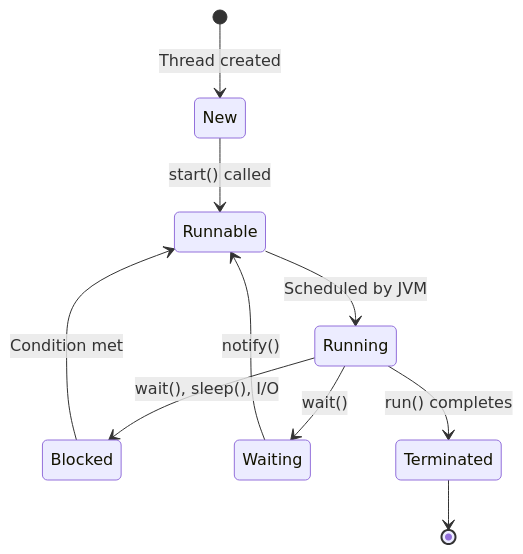
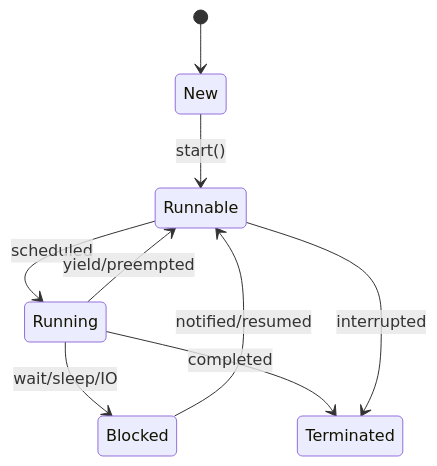
Before and after one commit to VrushankPatel/interview-matters: the diagram in multithreading-and-concurrency-in-java/README.md, drawn with Mermaid. The commit also changed other lines of this file and 5 other files, not shown here.

````diff
--- a/multithreading-and-concurrency-in-java/README.md
+++ b/multithreading-and-concurrency-in-java/README.md
@@ -19,12 +19,11 @@
 ```mermaid
 stateDiagram-v2
-    [*] --> New: Thread created
-    New --> Runnable: start() called
-    Runnable --> Running: Scheduled by JVM
-    Running --> Blocked: wait(), sleep(), I/O
-    Blocked --> Runnable: Condition met
-    Running --> Waiting: wait()
-    Waiting --> Runnable: notify()
-    Running --> Terminated: run() completes
-    Terminated --> [*]
+    [*] --> New
+    New --> Runnable: start()
+    Runnable --> Running: scheduled
+    Running --> Runnable: yield/preempted
+    Running --> Blocked: wait/sleep/IO
+    Blocked --> Runnable: notified/resumed
+    Running --> Terminated: completed
+    Runnable --> Terminated: interrupted
 ```
````
